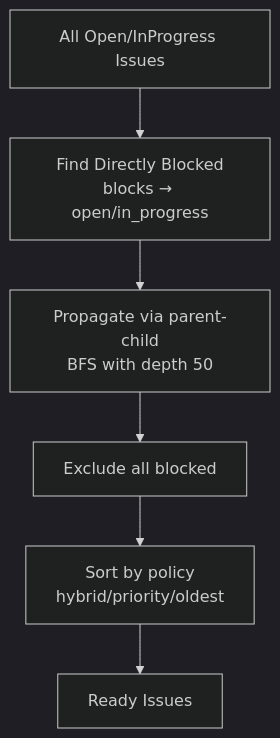
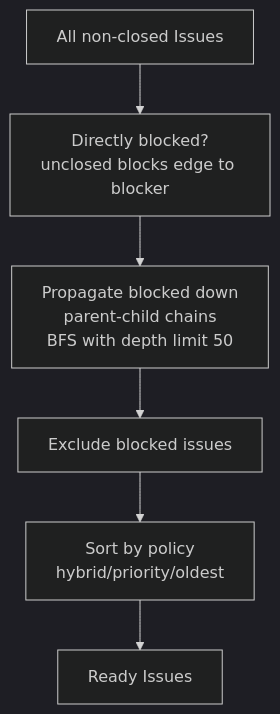
One commit to dwalleck/rivets changed the fourth of 7 diagrams in docs/architecture.md. Above: the diagram before and after it, drawn with Mermaid (dark theme). The commit also changed other lines of this file and 4 other files, not shown here.

````diff
--- a/docs/architecture.md
+++ b/docs/architecture.md
@@ -173,8 +211,8 @@
 ```mermaid
 graph TD
-    Start[All Open/InProgress Issues] --> Direct[Find Directly Blocked<br/>blocks → open/in_progress]
-    Direct --> Transitive[Propagate via parent-child<br/>BFS with depth 50]
-    Transitive --> Filter[Exclude all blocked]
+    Start[All non-closed Issues] --> Direct[Directly blocked?<br/>unclosed blocks edge to blocker]
+    Direct --> Transitive[Propagate blocked down<br/>parent-child chains<br/>BFS with depth limit 50]
+    Transitive --> Filter[Exclude blocked issues]
     Filter --> Sort[Sort by policy<br/>hybrid/priority/oldest]
     Sort --> Result[Ready Issues]
 ```
````
